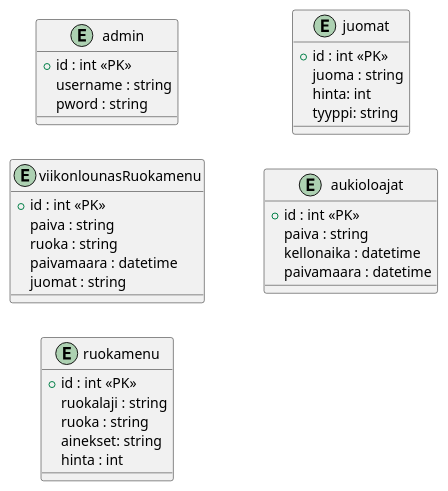
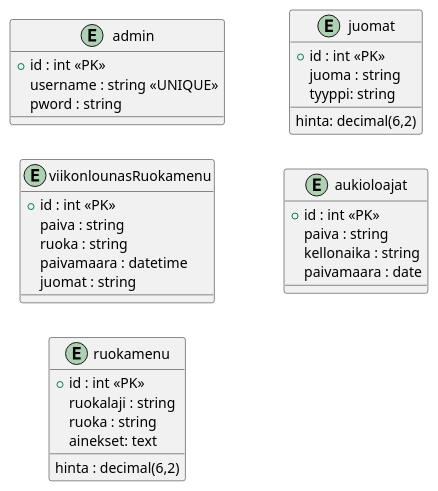
Before and after one commit to epe129/Cafeteria-Menu-Display: the diagram in db_kaavio.puml, drawn with PlantUML. The commit also changed 3 other files, not shown here.

```diff
--- a/db_kaavio.puml
+++ b/db_kaavio.puml
@@ -1,40 +1,40 @@
 @startuml kalastus
 left to right direction
 
 entity admin {
   +id : int <<PK>>
-  username : string
+  username : string <<UNIQUE>>
   pword : string
 }
 
 entity viikonlounasRuokamenu {
   +id : int <<PK>>
   paiva : string
   ruoka : string
   paivamaara : datetime
   juomat : string
 }
 
 entity ruokamenu {
   +id : int <<PK>>
   ruokalaji : string
   ruoka : string
-  ainekset: string
-  hinta : int
+  ainekset: text
+  hinta : decimal(6,2)
 }
 
 entity juomat {
   +id : int <<PK>>
   juoma : string
-  hinta: int
+  hinta: decimal(6,2)
   tyyppi: string
 }
  
 entity aukioloajat {
   +id : int <<PK>>
   paiva : string
-  kellonaika : datetime
-  paivamaara : datetime
+  kellonaika : string
+  paivamaara : date
 }
  
 @enduml
```
